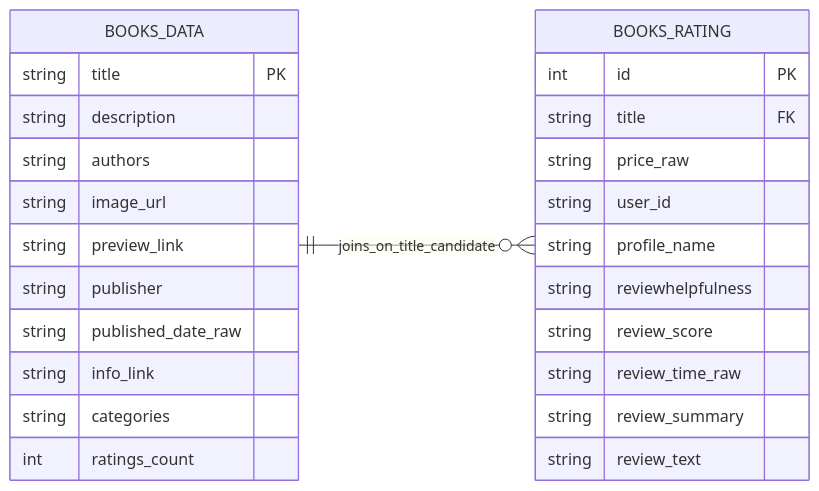
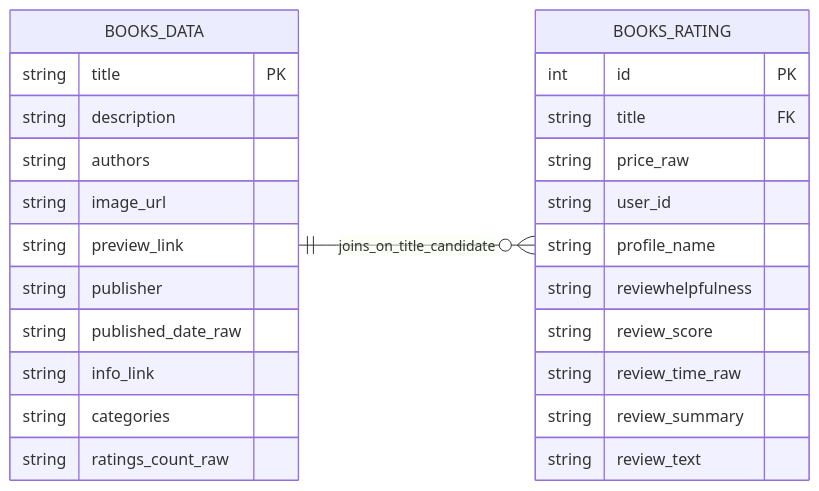
The diagram in README.md (dui-w-moonrin/amazon-books-de-analytics-ml-pipeline), drawn with Mermaid before and after one commit.

Commit message:
merge: hotfix/readme-typo into main

````diff
--- a/README.md
+++ b/README.md
@@ -70,31 +70,31 @@
 ```mermaid
 erDiagram
     Direction LR
     BOOKS_DATA ||--o{ BOOKS_RATING : joins_on_title_candidate
 
     BOOKS_DATA {
         string title PK
         string description
         string authors
         string image_url
         string preview_link
         string publisher
         string published_date_raw
         string info_link
         string categories
-        int ratings_count
+        string ratings_count_raw
     }
 
     BOOKS_RATING {
         int id PK
         string title FK
         string price_raw
         string user_id
         string profile_name
         string reviewhelpfulness
         string review_score
         string review_time_raw
         string review_summary
         string review_text
     }
 ```
````
